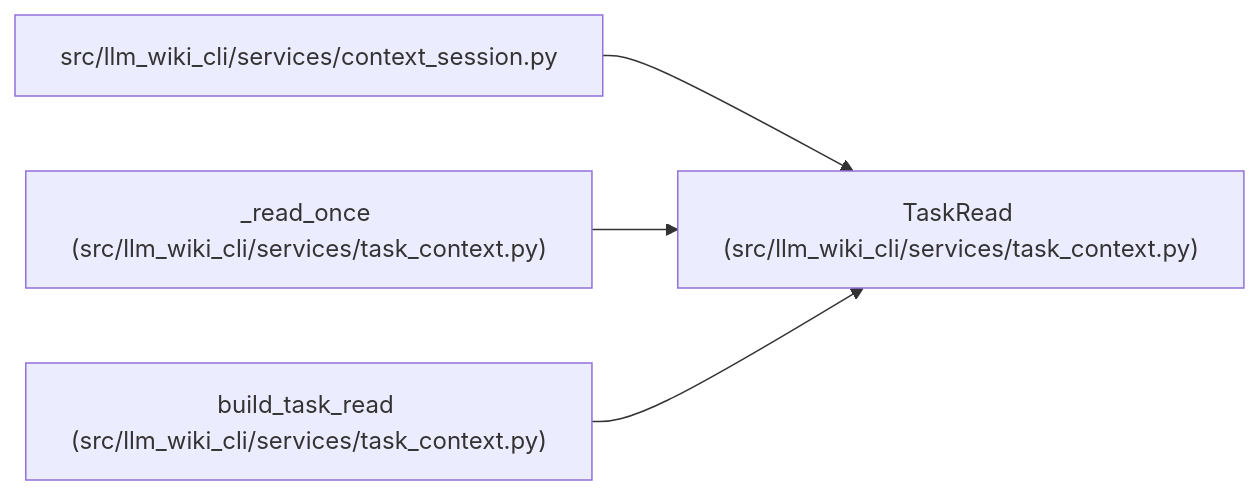
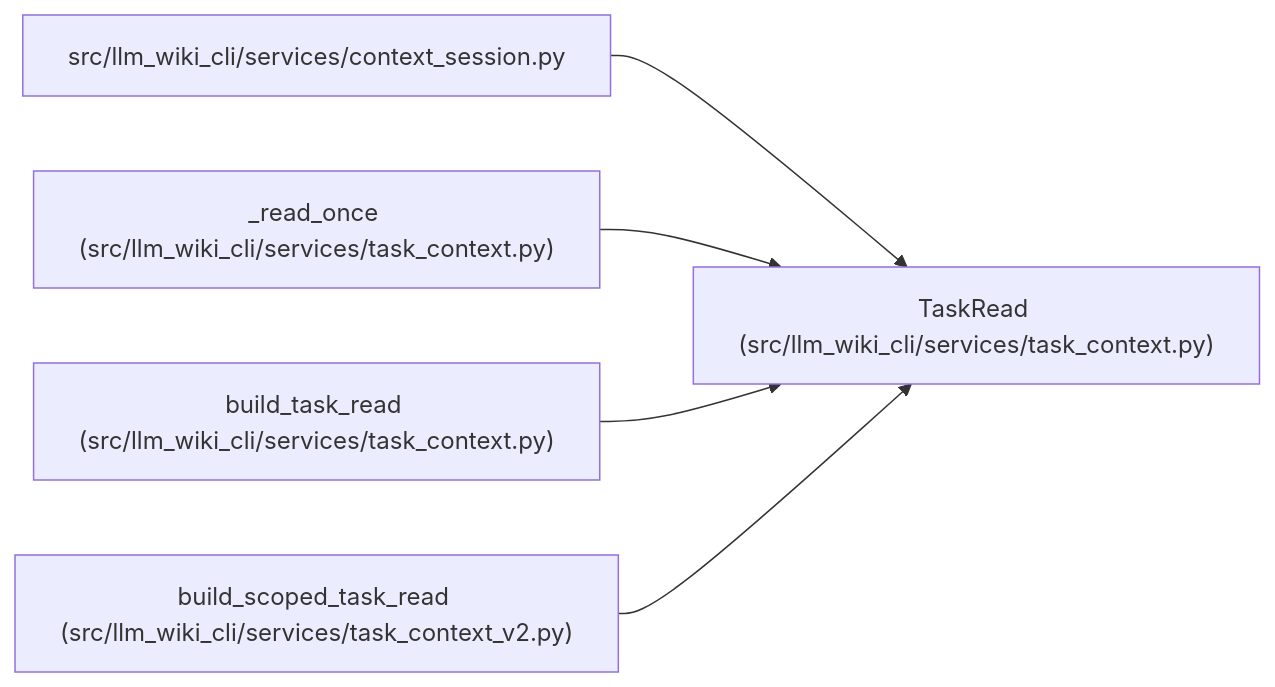
One commit to Denissvgn/python-wiki-llm changed the diagram in docs/llm_wiki/entities/TaskRead.md. Above: the diagram before and after it, drawn with Mermaid. The commit also changed other lines of this file and 6245 other files, not shown here.

````diff
--- a/docs/llm_wiki/entities/TaskRead.md
+++ b/docs/llm_wiki/entities/TaskRead.md
@@ -33,14 +35,17 @@
 ```mermaid
 flowchart LR
     n0["TaskRead (src/llm_wiki_cli/services/task_context.py)"]
     n1["src/llm_wiki_cli/services/context_session.py"]
     n2["_read_once (src/llm_wiki_cli/services/task_context.py)"]
     n3["build_task_read (src/llm_wiki_cli/services/task_context.py)"]
+    n4["build_scoped_task_read (src/llm_wiki_cli/services/task_context_v2.py)"]
     n1 --> n0
     n2 --> n0
     n3 --> n0
+    n4 --> n0
     click n0 "../modules/task_context.md"
     click n1 "../modules/context_session.md"
     click n2 "../modules/task_context.md"
     click n3 "../modules/task_context.md"
+    click n4 "../modules/task_context_v2.md"
 ```
````
